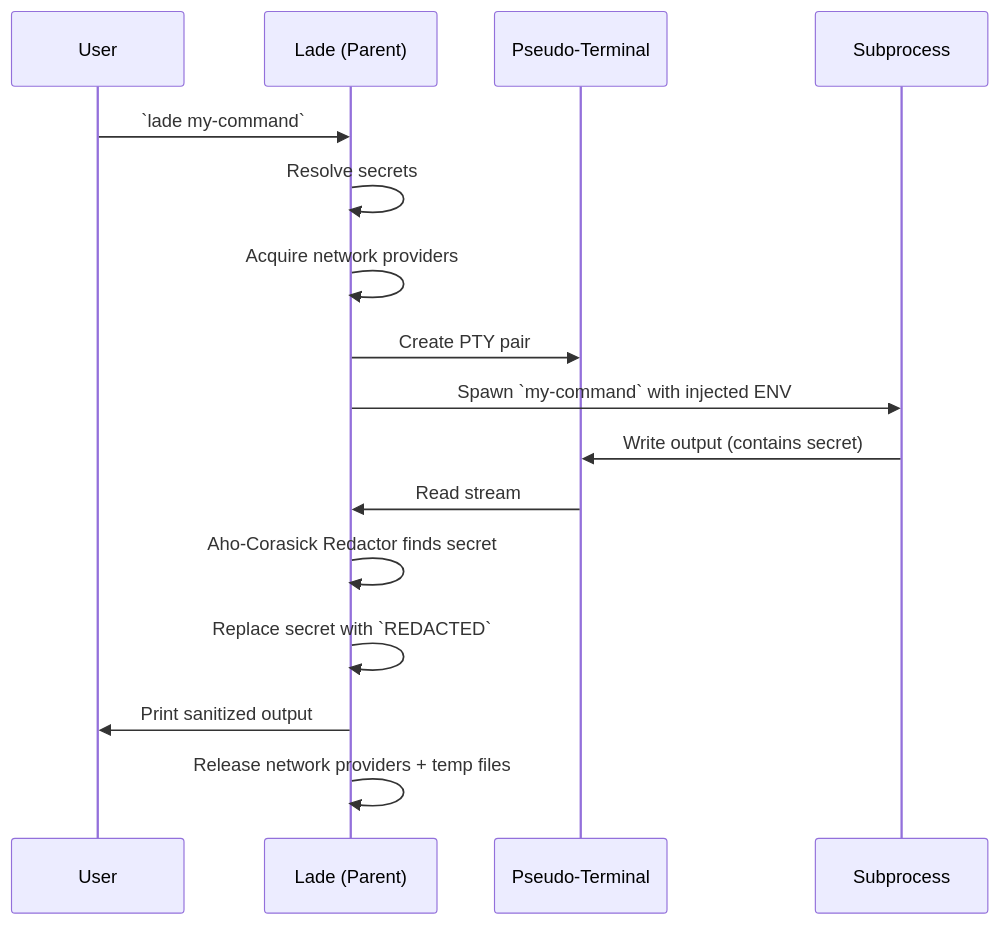
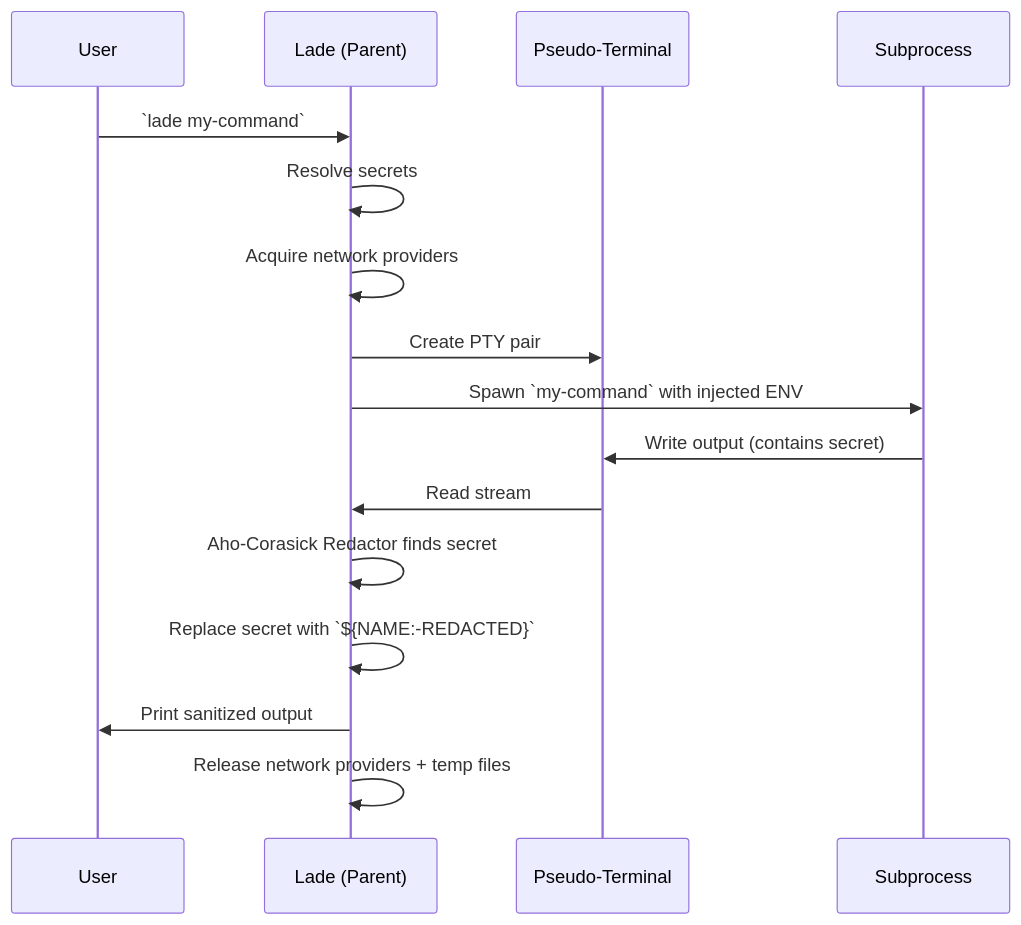
Before and after one commit to zifeo/lade: the third of 4 diagrams in docs/architecture.md, drawn with Mermaid. The commit also changed other lines of this file and 355 other files, not shown here.

````diff
--- a/docs/architecture.md
+++ b/docs/architecture.md
@@ -117,22 +119,22 @@
 ```mermaid
 sequenceDiagram
     participant User
     participant Lade as Lade (Parent)
     participant PTY as Pseudo-Terminal
     participant Child as Subprocess
 
     User->>Lade: `lade my-command`
     Lade->>Lade: Resolve secrets
     Lade->>Lade: Acquire network providers
     Lade->>PTY: Create PTY pair
     Lade->>Child: Spawn `my-command` with injected ENV
 
     Child->>PTY: Write output (contains secret)
     PTY->>Lade: Read stream
 
     Lade->>Lade: Aho-Corasick Redactor finds secret
-    Lade->>Lade: Replace secret with `REDACTED`
+    Lade->>Lade: Replace secret with `${NAME:-REDACTED}`
 
     Lade->>User: Print sanitized output
     Lade->>Lade: Release network providers + temp files
 ```
````
